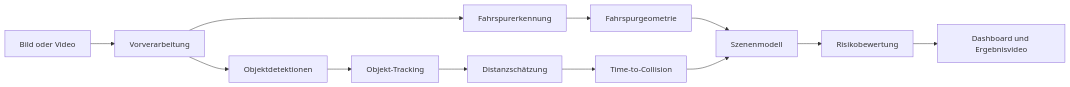
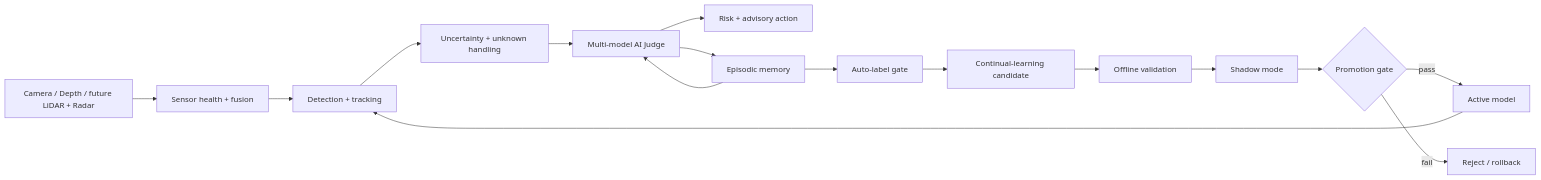
Before and after one commit to hosseinAT/OpenADAS-Vision-Stack: the diagram in README.md, drawn with Mermaid. The commit also changed other lines of this file and 12 other files, not shown here.

First line of the commit message:
Add CognitiveDrive AI research architecture and baseline

````diff
--- a/README.md
+++ b/README.md
@@ -71,14 +72,18 @@
 ```mermaid
 flowchart LR
-    A[Bild oder Video] --> B[Vorverarbeitung]
-    B --> C[Fahrspurerkennung]
-    B --> D[Objektdetektionen]
-    C --> E[Fahrspurgeometrie]
-    D --> F[Objekt-Tracking]
-    F --> G[Distanzschätzung]
-    G --> H[Time-to-Collision]
-    E --> I[Szenenmodell]
-    H --> I
-    I --> J[Risikobewertung]
-    J --> K[Dashboard und Ergebnisvideo]
+    S[Camera / Depth / future LiDAR + Radar] --> F[Sensor health + fusion]
+    F --> P[Detection + tracking]
+    P --> U[Uncertainty + unknown handling]
+    U --> J[Multi-model AI Judge]
+    J --> R[Risk + advisory action]
+    J --> M[Episodic memory]
+    M --> AL[Auto-label gate]
+    AL --> CL[Continual-learning candidate]
+    CL --> V[Offline validation]
+    V --> SH[Shadow mode]
+    SH --> G{Promotion gate}
+    G -->|pass| A[Active model]
+    G -->|fail| X[Reject / rollback]
+    A --> P
+    M --> J
 ```
````
